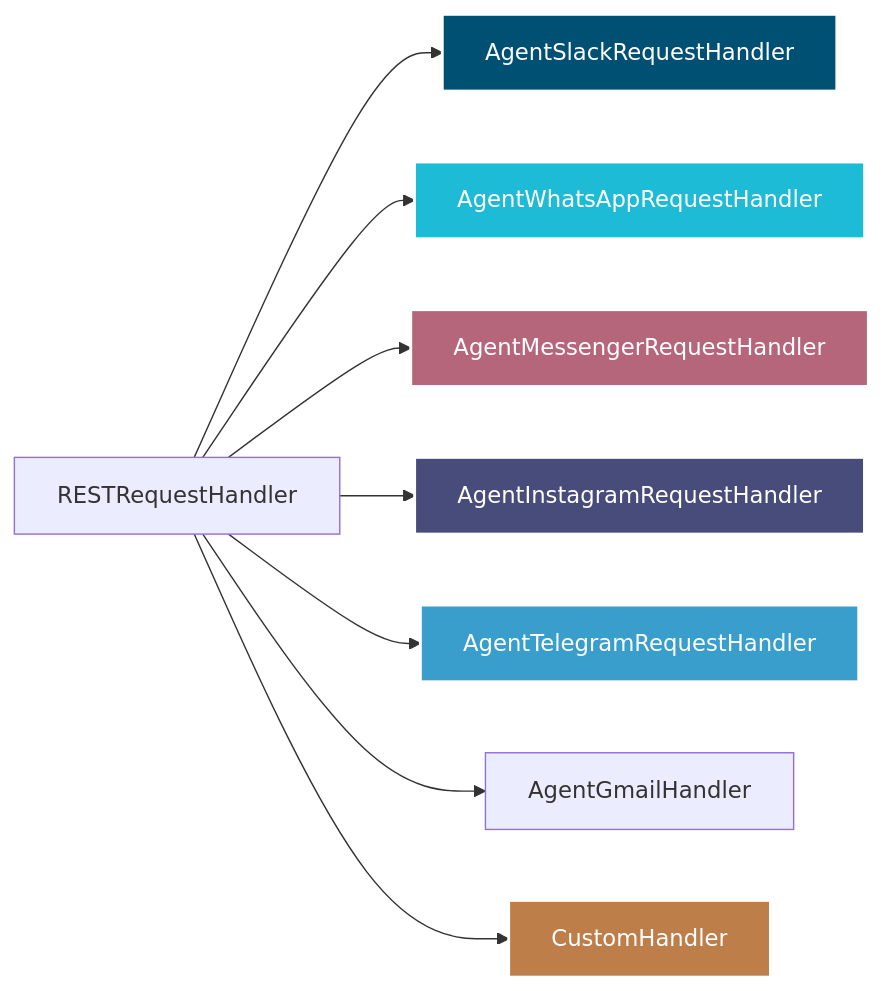
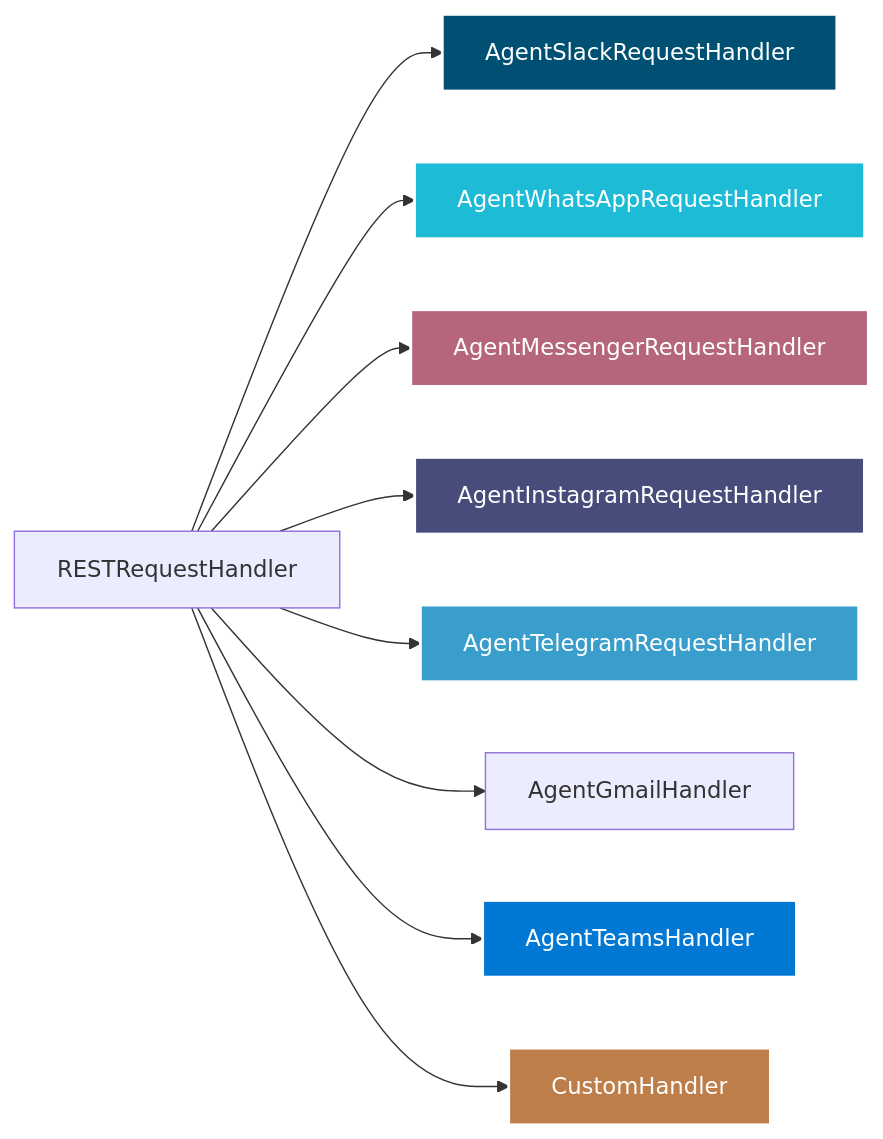
Before and after one commit to yaalalabs/agent-kernel: the second of 2 diagrams in docs/docs/integrations/overview.md, drawn with Mermaid. The commit also changed other lines of this file and 10 other files, not shown here.

````diff
--- a/docs/docs/integrations/overview.md
+++ b/docs/docs/integrations/overview.md
@@ -49,17 +52,18 @@
 ```mermaid
 ---
 config:
   layout: dagre
   elk: true
 ---
 flowchart LR
     
-    D["RESTRequestHandler"] --> I["AgentSlackRequestHandler"] & J["AgentWhatsAppRequestHandler"] & K["AgentMessengerRequestHandler"] & M["AgentInstagramRequestHandler"] & O["AgentTelegramRequestHandler"] & P["AgentGmailHandler"] & N["CustomHandler"]
+    D["RESTRequestHandler"] --> I["AgentSlackRequestHandler"] & J["AgentWhatsAppRequestHandler"] & K["AgentMessengerRequestHandler"] & M["AgentInstagramRequestHandler"] & O["AgentTelegramRequestHandler"] & P["AgentGmailHandler"] & T["AgentTeamsHandler"] & N["CustomHandler"]
 
     style I fill:#005073,stroke:#fff,stroke-width:2px,color:#fff
     style J fill:#1ebbd7,stroke:#fff,stroke-width:2px,color:#fff
     style K fill:#b5667b,stroke:#fff,stroke-width:2px,color:#fff
     style M fill:#484c7a,stroke:#fff,stroke-width:2px,color:#fff
     style O fill:#3a9ecc,stroke:#fff,stroke-width:2px,color:#fff
+    style T fill:#0078D4,stroke:#fff,stroke-width:2px,color:#fff
     style N fill:#bd7e4a,stroke:#fff,stroke-width:2px,color:#fff
 ```
````
